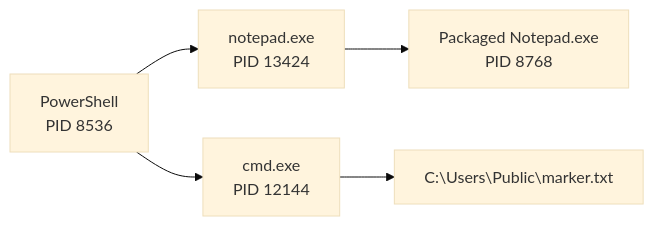
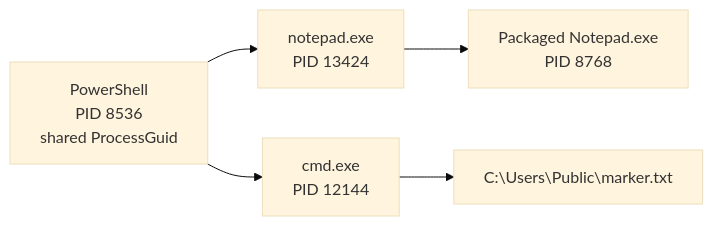
The diagram in writeups/splunk-sysmon-endpoint-investigation.md (balvarez-cyber/cybersecurity-portfolio), drawn with Mermaid (base theme) before and after one commit. The commit also changed other lines of this file and 7 other files, not shown here.

````diff
--- a/writeups/splunk-sysmon-endpoint-investigation.md
+++ b/writeups/splunk-sysmon-endpoint-investigation.md
@@ -70,7 +72,7 @@
 ```mermaid
 flowchart LR
-    A[PowerShell<br/>PID 8536] --> B[notepad.exe<br/>PID 13424]
+    A[PowerShell<br/>PID 8536<br/>shared ProcessGuid] --> B[notepad.exe<br/>PID 13424]
     B --> C[Packaged Notepad.exe<br/>PID 8768]
     A --> D[cmd.exe<br/>PID 12144]
     D --> E[C:\Users\Public\marker.txt]
 ```
````
